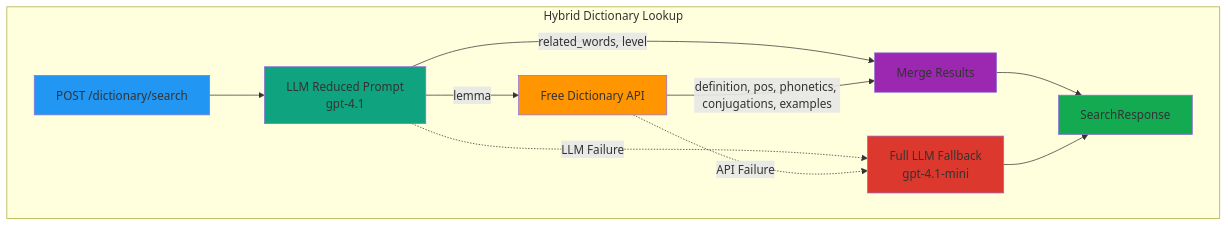
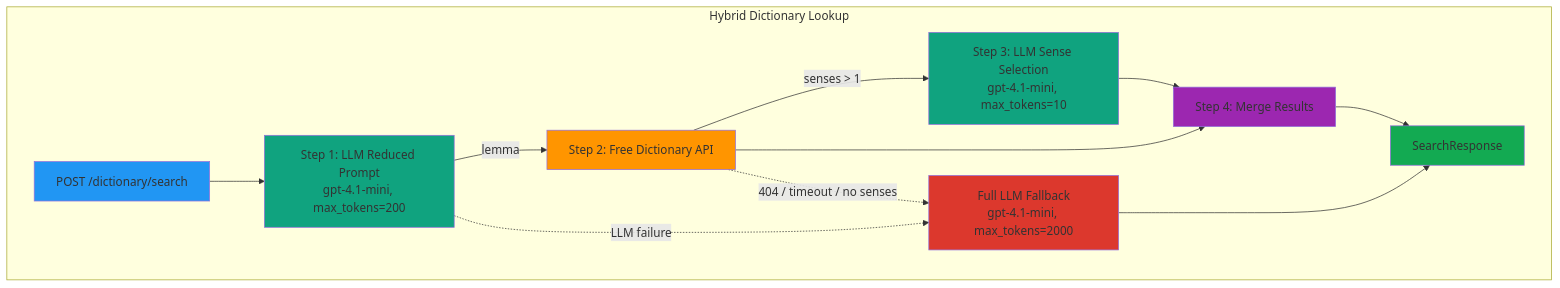
One commit to seung-gu/opad changed the fifth of 6 diagrams in docs/ARCHITECTURE.md. Above: the diagram before and after it, drawn with Mermaid. The commit also changed other lines of this file and 10 other files, not shown here.

````diff
--- a/docs/ARCHITECTURE.md
+++ b/docs/ARCHITECTURE.md
@@ -1145,23 +1094,25 @@
 ```mermaid
 graph TB
     subgraph "Hybrid Dictionary Lookup"
-        Request[POST /dictionary/search] --> LLM[LLM Reduced Prompt<br/>gpt-4.1]
+        Request[POST /dictionary/search] --> LLM[Step 1: LLM Reduced Prompt<br/>gpt-4.1-mini, max_tokens=200]
 
-        LLM --> |lemma| API[Free Dictionary API]
-        LLM --> |related_words, level| Merge[Merge Results]
-        API --> |definition, pos, phonetics, conjugations, examples| Merge
+        LLM --> |lemma| API[Step 2: Free Dictionary API]
+        API --> |senses > 1| SenseSelect[Step 3: LLM Sense Selection<br/>gpt-4.1-mini, max_tokens=10]
+        API --> Merge[Step 4: Merge Results]
+        SenseSelect --> Merge
 
         Merge --> Response[SearchResponse]
 
-        LLM -.-> |LLM Failure| Fallback[Full LLM Fallback<br/>gpt-4.1-mini]
-        API -.-> |API Failure| Fallback
+        LLM -.-> |LLM failure| Fallback[Full LLM Fallback<br/>gpt-4.1-mini, max_tokens=2000]
+        API -.-> |404 / timeout / no senses| Fallback
         Fallback --> Response
     end
 
     style Request fill:#2196F3
     style LLM fill:#10a37f
     style API fill:#ff9500
+    style SenseSelect fill:#10a37f
     style Merge fill:#9c27b0
     style Response fill:#13aa52
     style Fallback fill:#dc382d
 ```
````
